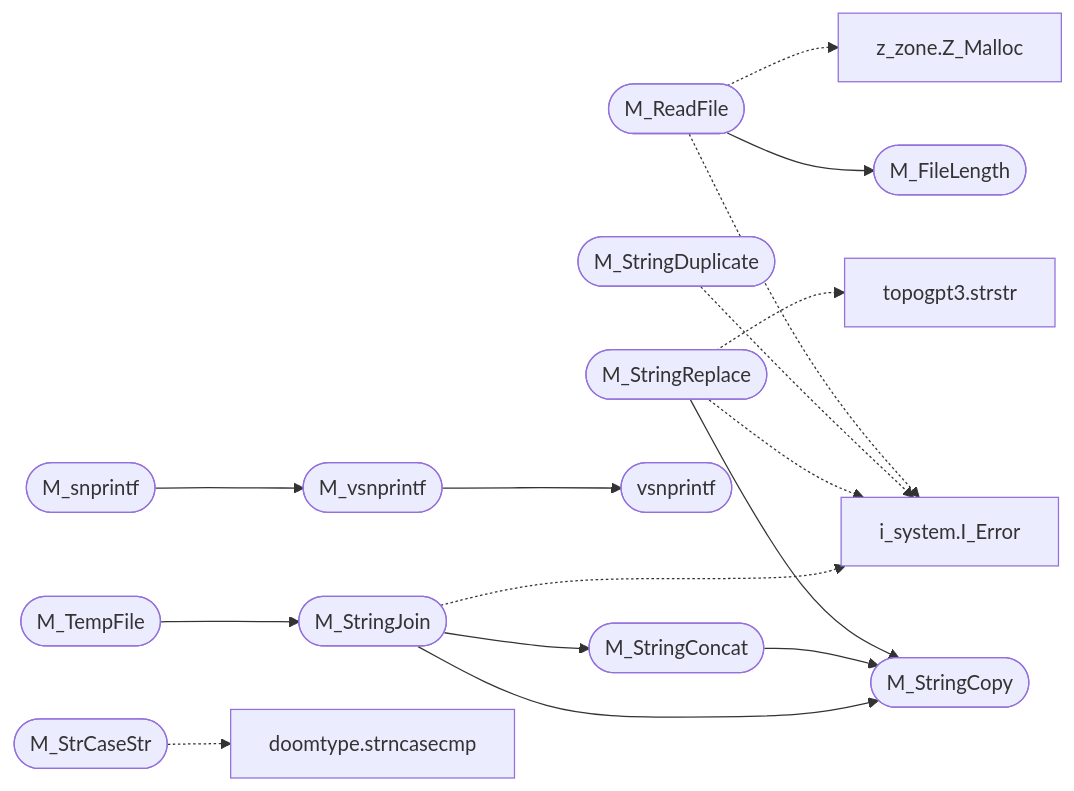
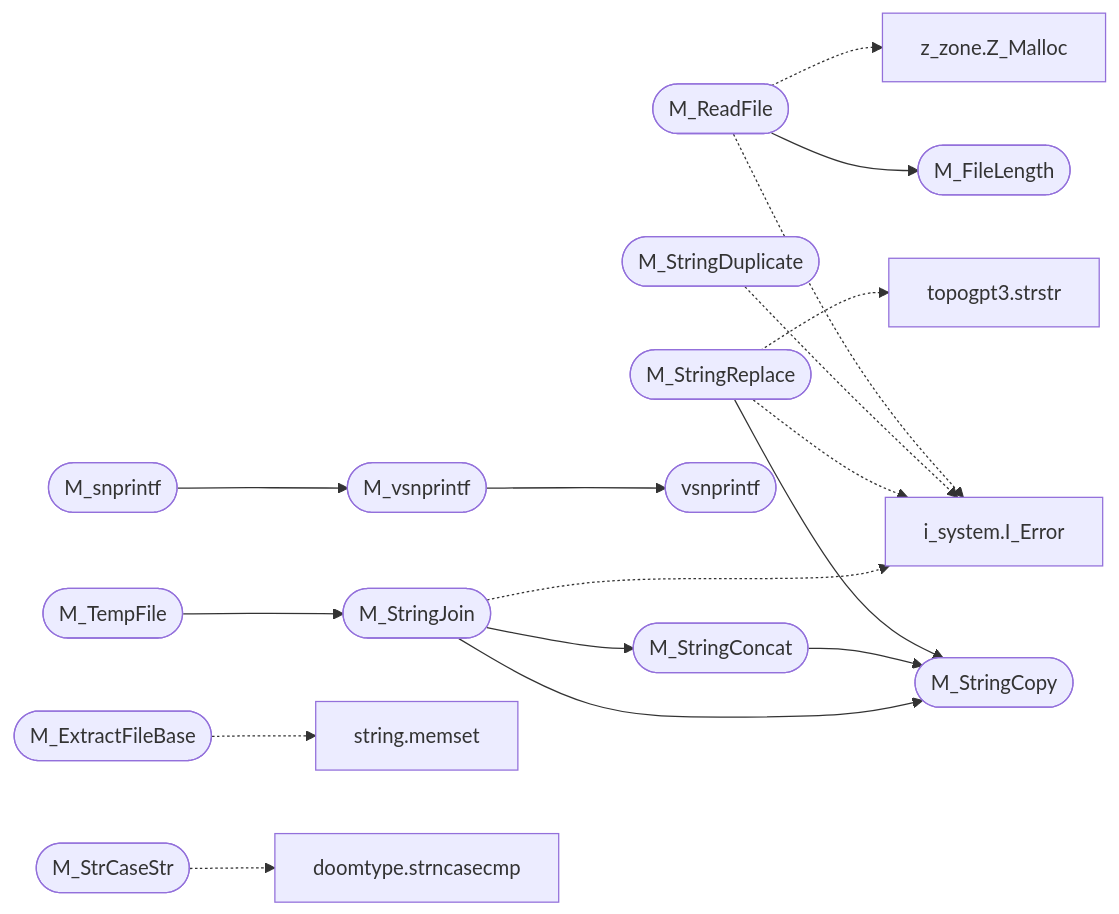
The diagram in readmenator-apidocs/modules/progs.doomgeneric.m_misc.c.md (grisuno/miniOS), drawn with Mermaid before and after one commit. The commit also changed other lines of this file and 222 other files, not shown here.

````diff
--- a/readmenator-apidocs/modules/progs.doomgeneric.m_misc.c.md
+++ b/readmenator-apidocs/modules/progs.doomgeneric.m_misc.c.md
@@ -18,34 +18,37 @@
 ```mermaid
 flowchart LR
     n_progs_doomgeneric_m_misc_c__M_ReadFile(["M_ReadFile"])
     n_progs_doomgeneric_m_misc_c__M_FileLength(["M_FileLength"])
     n_progs_doomgeneric_m_misc_c__M_TempFile(["M_TempFile"])
     n_progs_doomgeneric_m_misc_c__M_StringJoin(["M_StringJoin"])
     n_progs_doomgeneric_m_misc_c__M_StringReplace(["M_StringReplace"])
     n_progs_doomgeneric_m_misc_c__M_StringCopy(["M_StringCopy"])
     n_progs_doomgeneric_m_misc_c__M_StringConcat(["M_StringConcat"])
     n_progs_doomgeneric_m_misc_c__M_vsnprintf(["M_vsnprintf"])
     n_progs_doomgeneric_m_misc_c__vsnprintf(["vsnprintf"])
     n_progs_doomgeneric_m_misc_c__M_snprintf(["M_snprintf"])
     n_progs_doomgeneric_i_system_h__I_Error["i_system.I_Error"]
     n_progs_doomgeneric_z_zone_h__Z_Malloc["z_zone.Z_Malloc"]
+    n_progs_doomgeneric_m_misc_c__M_ExtractFileBase(["M_ExtractFileBase"])
+    n_kernel_string_c__memset["string.memset"]
     n_progs_doomgeneric_m_misc_c__M_StrCaseStr(["M_StrCaseStr"])
     n_progs_doomgeneric_doomtype_h__strncasecmp["doomtype.strncasecmp"]
     n_progs_doomgeneric_m_misc_c__M_StringDuplicate(["M_StringDuplicate"])
     n_progs_topogpt3_topogpt3_c__strstr["topogpt3.strstr"]
     n_progs_doomgeneric_m_misc_c__M_ReadFile --> n_progs_doomgeneric_m_misc_c__M_FileLength
     n_progs_doomgeneric_m_misc_c__M_TempFile --> n_progs_doomgeneric_m_misc_c__M_StringJoin
     n_progs_doomgeneric_m_misc_c__M_StringReplace --> n_progs_doomgeneric_m_misc_c__M_StringCopy
     n_progs_doomgeneric_m_misc_c__M_StringConcat --> n_progs_doomgeneric_m_misc_c__M_StringCopy
     n_progs_doomgeneric_m_misc_c__M_StringJoin --> n_progs_doomgeneric_m_misc_c__M_StringConcat
     n_progs_doomgeneric_m_misc_c__M_StringJoin --> n_progs_doomgeneric_m_misc_c__M_StringCopy
     n_progs_doomgeneric_m_misc_c__M_vsnprintf --> n_progs_doomgeneric_m_misc_c__vsnprintf
     n_progs_doomgeneric_m_misc_c__M_snprintf --> n_progs_doomgeneric_m_misc_c__M_vsnprintf
     n_progs_doomgeneric_m_misc_c__M_ReadFile -.-> n_progs_doomgeneric_i_system_h__I_Error
     n_progs_doomgeneric_m_misc_c__M_ReadFile -.-> n_progs_doomgeneric_z_zone_h__Z_Malloc
+    n_progs_doomgeneric_m_misc_c__M_ExtractFileBase -.-> n_kernel_string_c__memset
     n_progs_doomgeneric_m_misc_c__M_StrCaseStr -.-> n_progs_doomgeneric_doomtype_h__strncasecmp
     n_progs_doomgeneric_m_misc_c__M_StringDuplicate -.-> n_progs_doomgeneric_i_system_h__I_Error
     n_progs_doomgeneric_m_misc_c__M_StringReplace -.-> n_progs_doomgeneric_i_system_h__I_Error
     n_progs_doomgeneric_m_misc_c__M_StringReplace -.-> n_progs_topogpt3_topogpt3_c__strstr
     n_progs_doomgeneric_m_misc_c__M_StringJoin -.-> n_progs_doomgeneric_i_system_h__I_Error
 ```
````
